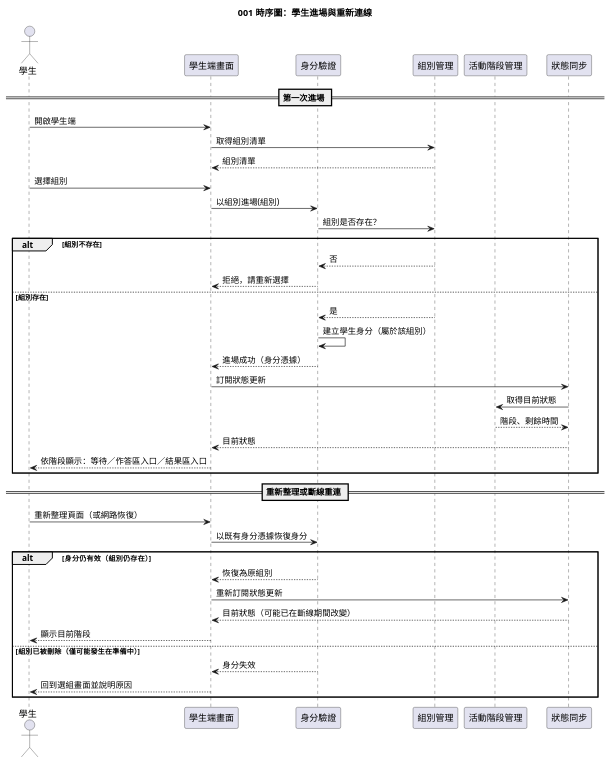
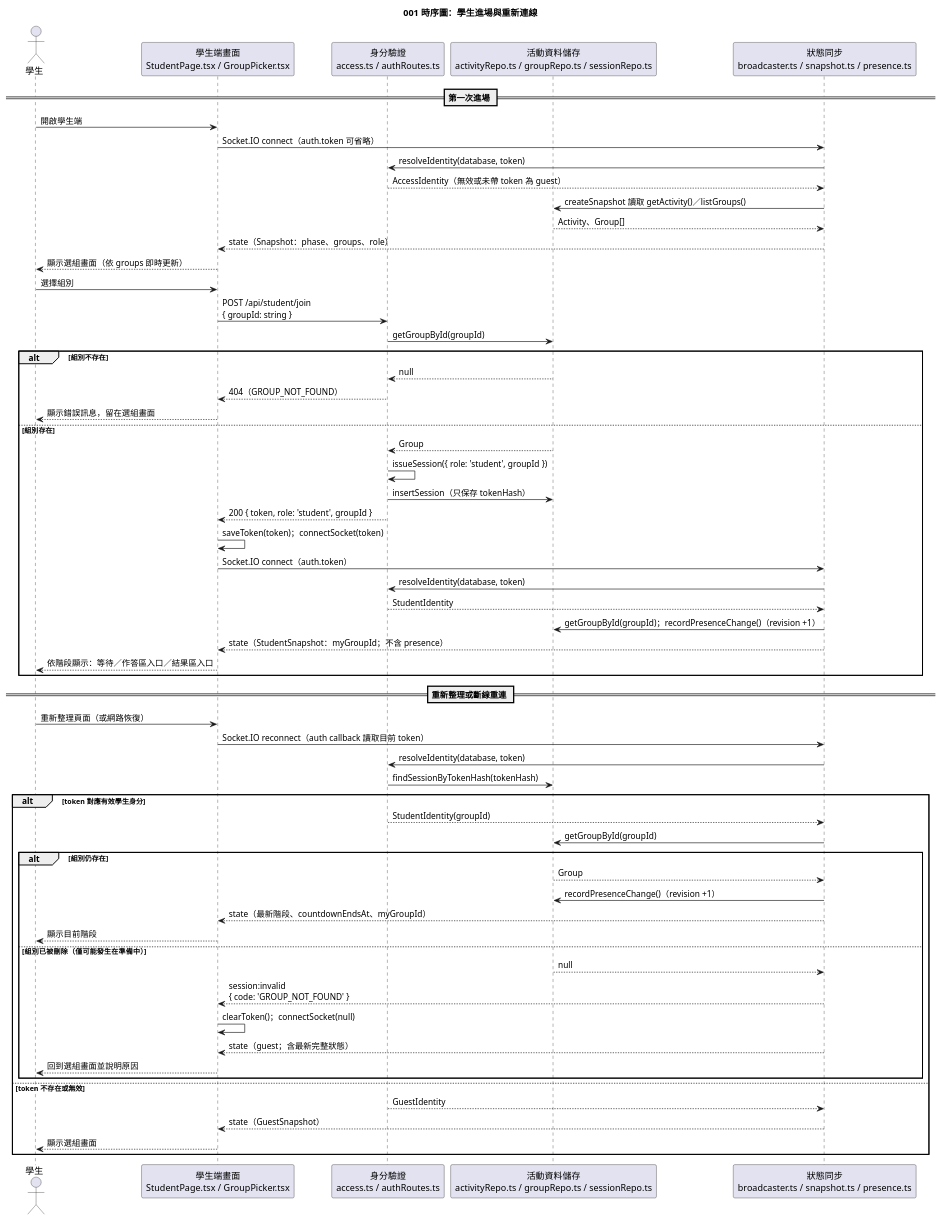
One commit to Danielweng0902/Answering-System_speckit changed the diagram in diagrams/001-activity-session-seq-join.puml. Above: the diagram before and after it, drawn with PlantUML. The commit also changed 14 other files, not shown here.

First line of the commit message:
001 activity-session：Phase 9 收尾（邊界與不外洩測試、完整流程 e2e、圖表技術層、自動驗證紀錄）

```diff
--- a/diagrams/001-activity-session-seq-join.puml
+++ b/diagrams/001-activity-session-seq-join.puml
@@ -1,44 +1,66 @@
 @startuml
 title 001 時序圖：學生進場與重新連線
 
-actor 學生
-participant "學生端畫面" as U
-participant "身分驗證" as A
-participant "組別管理" as G
-participant "活動階段管理" as P
-participant "狀態同步" as B
+actor "學生" as Student
+participant "學生端畫面\nStudentPage.tsx / GroupPicker.tsx" as U
+participant "身分驗證\naccess.ts / authRoutes.ts" as A
+participant "活動資料儲存\nactivityRepo.ts / groupRepo.ts / sessionRepo.ts" as S
+participant "狀態同步\nbroadcaster.ts / snapshot.ts / presence.ts" as B
 
 == 第一次進場 ==
-學生 -> U : 開啟學生端
-U -> G : 取得組別清單
-G --> U : 組別清單
-學生 -> U : 選擇組別
-U -> A : 以組別進場(組別)
-A -> G : 組別是否存在？
+Student -> U : 開啟學生端
+U -> B : Socket.IO connect（auth.token 可省略）
+B -> A : resolveIdentity(database, token)
+A --> B : AccessIdentity（無效或未帶 token 為 guest）
+B -> S : createSnapshot 讀取 getActivity()／listGroups()
+S --> B : Activity、Group[]
+B --> U : state（Snapshot：phase、groups、role）
+U --> Student : 顯示選組畫面（依 groups 即時更新）
+
+Student -> U : 選擇組別
+U -> A : POST /api/student/join\n{ groupId: string }
+A -> S : getGroupById(groupId)
 alt 組別不存在
-  G --> A : 否
-  A --> U : 拒絕，請重新選擇
+  S --> A : null
+  A --> U : 404（GROUP_NOT_FOUND）
+  U --> Student : 顯示錯誤訊息，留在選組畫面
 else 組別存在
-  G --> A : 是
-  A -> A : 建立學生身分（屬於該組別）
-  A --> U : 進場成功（身分憑據）
-  U -> B : 訂閱狀態更新
-  B -> P : 取得目前狀態
-  P --> B : 階段、剩餘時間
-  B --> U : 目前狀態
-  U --> 學生 : 依階段顯示：等待／作答區入口／結果區入口
+  S --> A : Group
+  A -> A : issueSession({ role: 'student', groupId })
+  A -> S : insertSession（只保存 tokenHash）
+  A --> U : 200 { token, role: 'student', groupId }
+  U -> U : saveToken(token)；connectSocket(token)
+  U -> B : Socket.IO connect（auth.token）
+  B -> A : resolveIdentity(database, token)
+  A --> B : StudentIdentity
+  B -> S : getGroupById(groupId)；recordPresenceChange()（revision +1）
+  B --> U : state（StudentSnapshot：myGroupId；不含 presence）
+  U --> Student : 依階段顯示：等待／作答區入口／結果區入口
 end
 
 == 重新整理或斷線重連 ==
-學生 -> U : 重新整理頁面（或網路恢復）
-U -> A : 以既有身分憑據恢復身分
-alt 身分仍有效（組別仍存在）
-  A --> U : 恢復為原組別
-  U -> B : 重新訂閱狀態更新
-  B --> U : 目前狀態（可能已在斷線期間改變）
-  U --> 學生 : 顯示目前階段
-else 組別已被刪除（僅可能發生在準備中）
-  A --> U : 身分失效
-  U --> 學生 : 回到選組畫面並說明原因
+Student -> U : 重新整理頁面（或網路恢復）
+U -> B : Socket.IO reconnect（auth callback 讀取目前 token）
+B -> A : resolveIdentity(database, token)
+A -> S : findSessionByTokenHash(tokenHash)
+alt token 對應有效學生身分
+  A --> B : StudentIdentity(groupId)
+  B -> S : getGroupById(groupId)
+  alt 組別仍存在
+    S --> B : Group
+    B -> S : recordPresenceChange()（revision +1）
+    B --> U : state（最新階段、countdownEndsAt、myGroupId）
+    U --> Student : 顯示目前階段
+  else 組別已被刪除（僅可能發生在準備中）
+    S --> B : null
+    B --> U : session:invalid\n{ code: 'GROUP_NOT_FOUND' }
+    U -> U : clearToken()；connectSocket(null)
+    B --> U : state（guest；含最新完整狀態）
+    U --> Student : 回到選組畫面並說明原因
+  end
+else token 不存在或無效
+  A --> B : GuestIdentity
+  B --> U : state（GuestSnapshot）
+  U --> Student : 顯示選組畫面
 end
 @enduml
```
